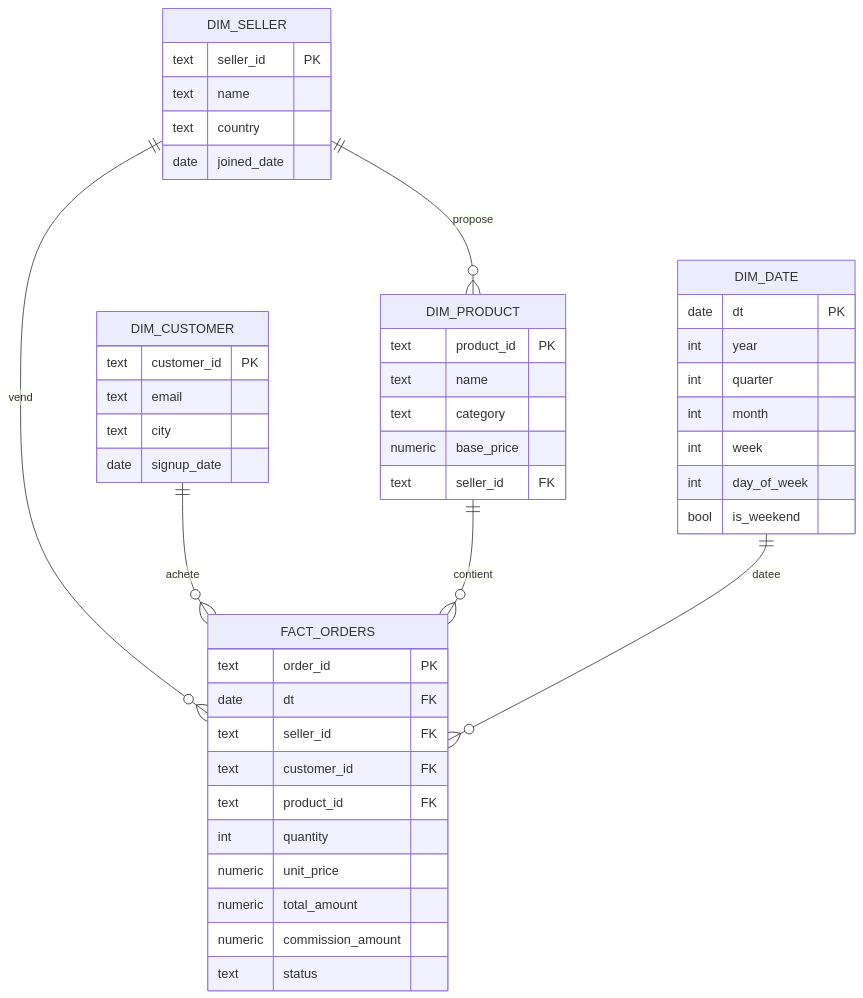
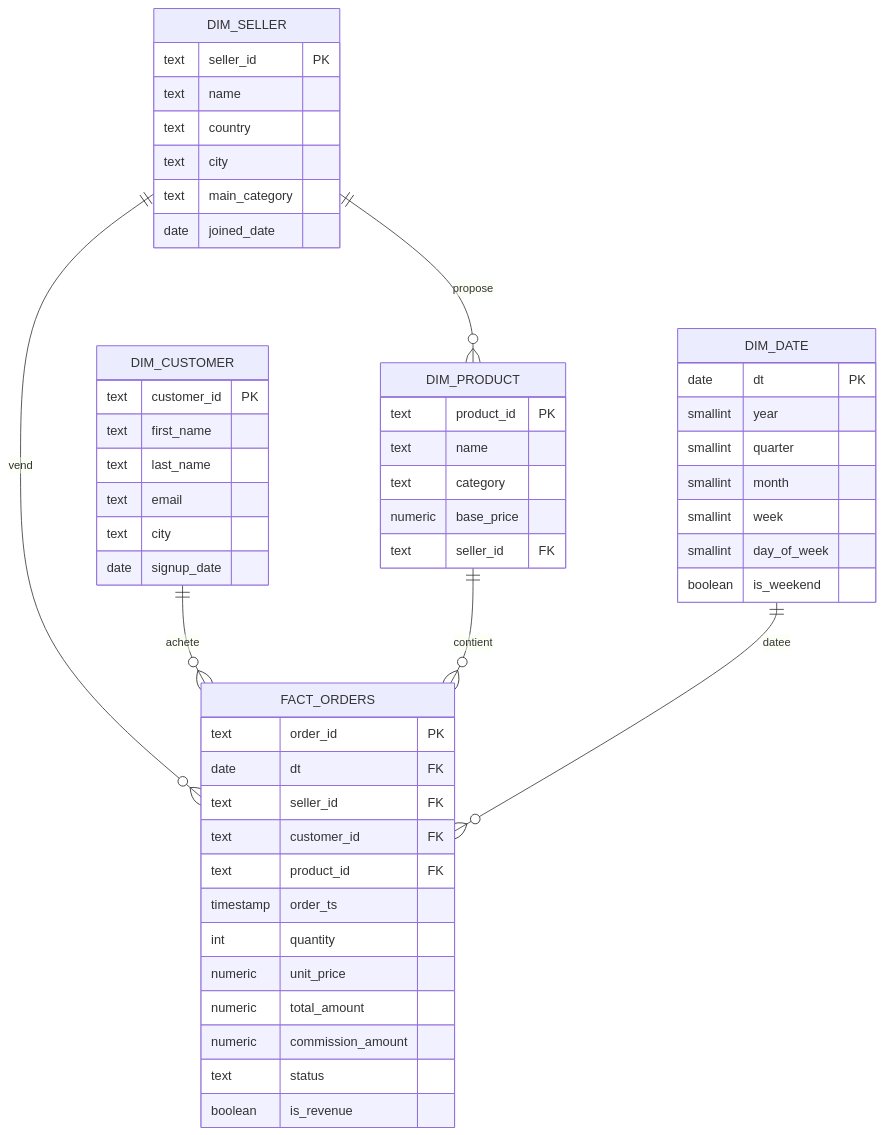
One commit to Nassim-Bzr/MarketPlace_Analytics changed the third of 4 diagrams in README.md. Above: the diagram before and after it, drawn with Mermaid. The commit also changed other lines of this file and 26 other files, not shown here.

````diff
--- a/README.md
+++ b/README.md
@@ -507,49 +251,55 @@
 ```mermaid
 erDiagram
     DIM_SELLER   ||--o{ FACT_ORDERS : vend
     DIM_CUSTOMER ||--o{ FACT_ORDERS : achete
     DIM_PRODUCT  ||--o{ FACT_ORDERS : contient
     DIM_DATE     ||--o{ FACT_ORDERS : datee
     DIM_SELLER   ||--o{ DIM_PRODUCT : propose
 
     DIM_SELLER {
         text seller_id PK
         text name
         text country
+        text city
+        text main_category
         date joined_date
     }
     DIM_CUSTOMER {
         text customer_id PK
+        text first_name
+        text last_name
         text email
         text city
         date signup_date
     }
     DIM_PRODUCT {
         text product_id PK
         text name
         text category
         numeric base_price
         text seller_id FK
     }
     DIM_DATE {
         date dt PK
-        int year
-        int quarter
-        int month
-        int week
-        int day_of_week
-        bool is_weekend
+        smallint year
+        smallint quarter
+        smallint month
+        smallint week
+        smallint day_of_week
+        boolean is_weekend
     }
     FACT_ORDERS {
         text order_id PK
         date dt FK
         text seller_id FK
         text customer_id FK
         text product_id FK
+        timestamp order_ts
         int quantity
         numeric unit_price
         numeric total_amount
         numeric commission_amount
         text status
+        boolean is_revenue
     }
 ```
````
